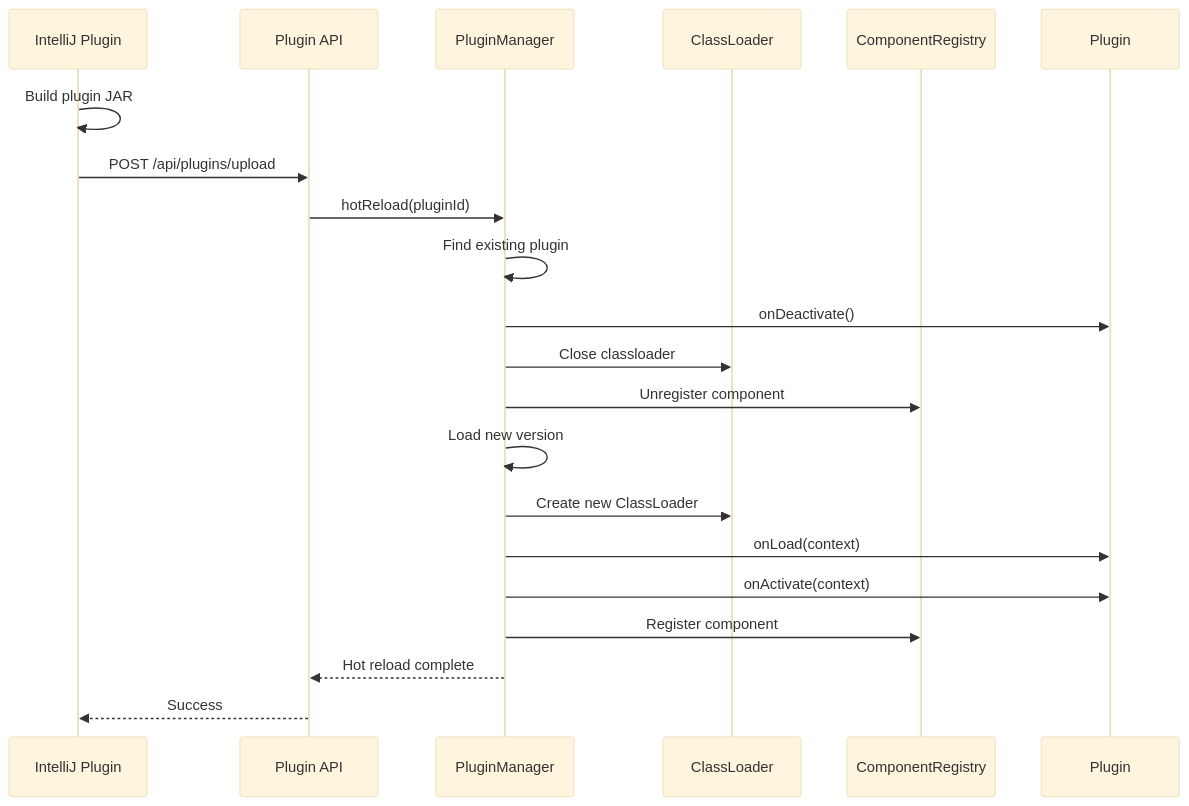
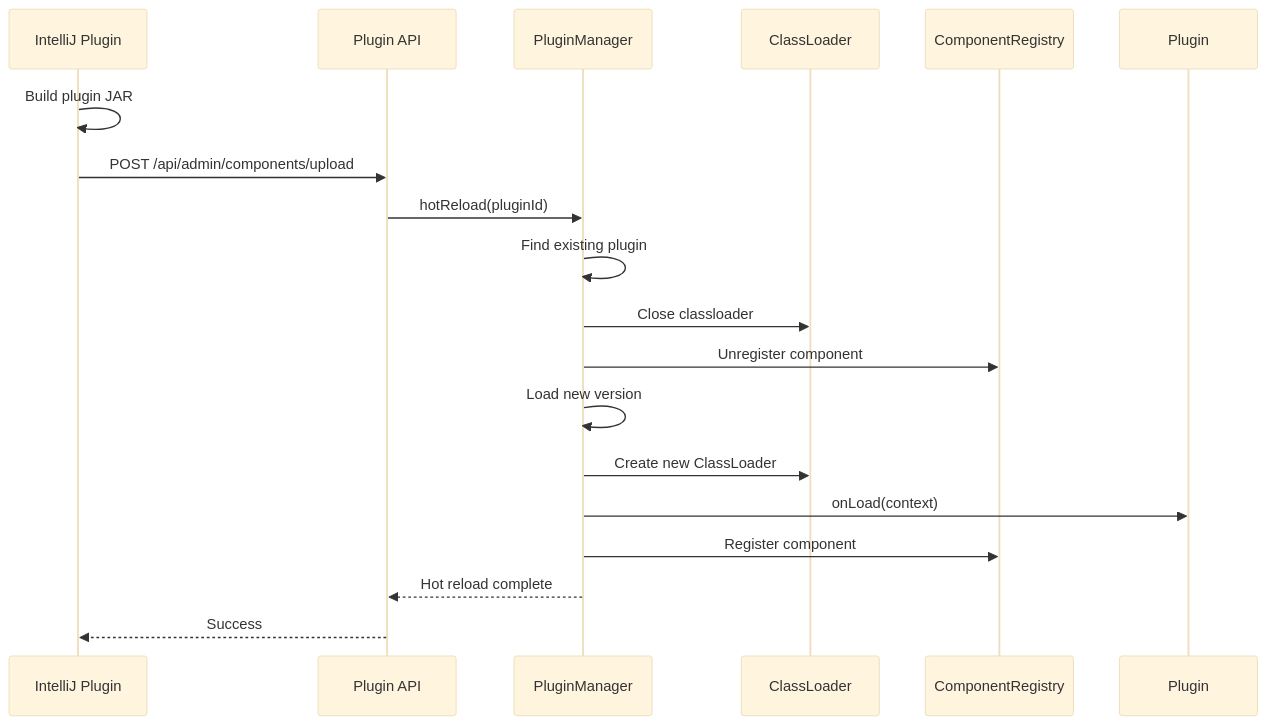
Before and after one commit to Visual-Site-Designer-VSD/visual-site-designer: diagram 12 of 18 in docs/architecture/arc42/05-building-block-view.md, drawn with Mermaid (base theme). The commit also changed other lines of this file and 15 other files, not shown here.

````diff
--- a/docs/architecture/arc42/05-building-block-view.md
+++ b/docs/architecture/arc42/05-building-block-view.md
@@ -883,26 +890,24 @@
 ```mermaid
 sequenceDiagram
     participant IDE as IntelliJ Plugin
     participant API as Plugin API
     participant PM as PluginManager
     participant CL as ClassLoader
     participant CR as ComponentRegistry
 
     IDE->>IDE: Build plugin JAR
-    IDE->>API: POST /api/plugins/upload
+    IDE->>API: POST /api/admin/components/upload
     API->>PM: hotReload(pluginId)
 
     PM->>PM: Find existing plugin
-    PM->>Plugin: onDeactivate()
     PM->>CL: Close classloader
     PM->>CR: Unregister component
 
     PM->>PM: Load new version
     PM->>CL: Create new ClassLoader
     PM->>Plugin: onLoad(context)
-    PM->>Plugin: onActivate(context)
     PM->>CR: Register component
 
     PM-->>API: Hot reload complete
     API-->>IDE: Success
 ```
````
